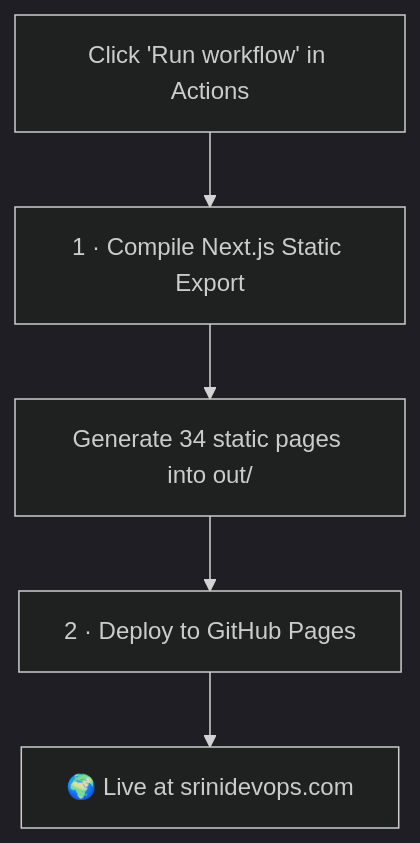
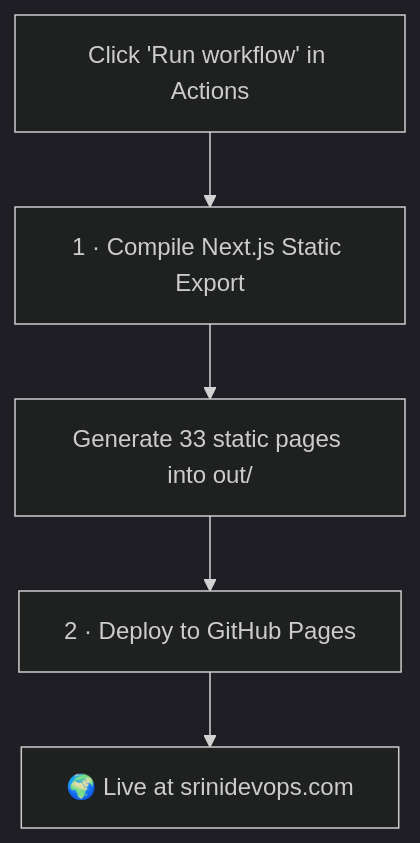
Before and after one commit to Srinivasan-78/srinivasan-78.github.io: the eighth of 8 diagrams in README.md, drawn with Mermaid (dark theme). The commit also changed other lines of this file and 77 other files, not shown here.

````diff
--- a/README.md
+++ b/README.md
@@ -331,7 +331,7 @@
 ```mermaid
 flowchart TD
     A["Click 'Run workflow' in Actions"] --> B["1 · Compile Next.js Static Export"]
-    B --> B1["Generate 34 static pages into out/"]
+    B --> B1["Generate 33 static pages into out/"]
     B1 --> C["2 · Deploy to GitHub Pages"]
     C --> D["🌍 Live at srinidevops.com"]
 ```
````
